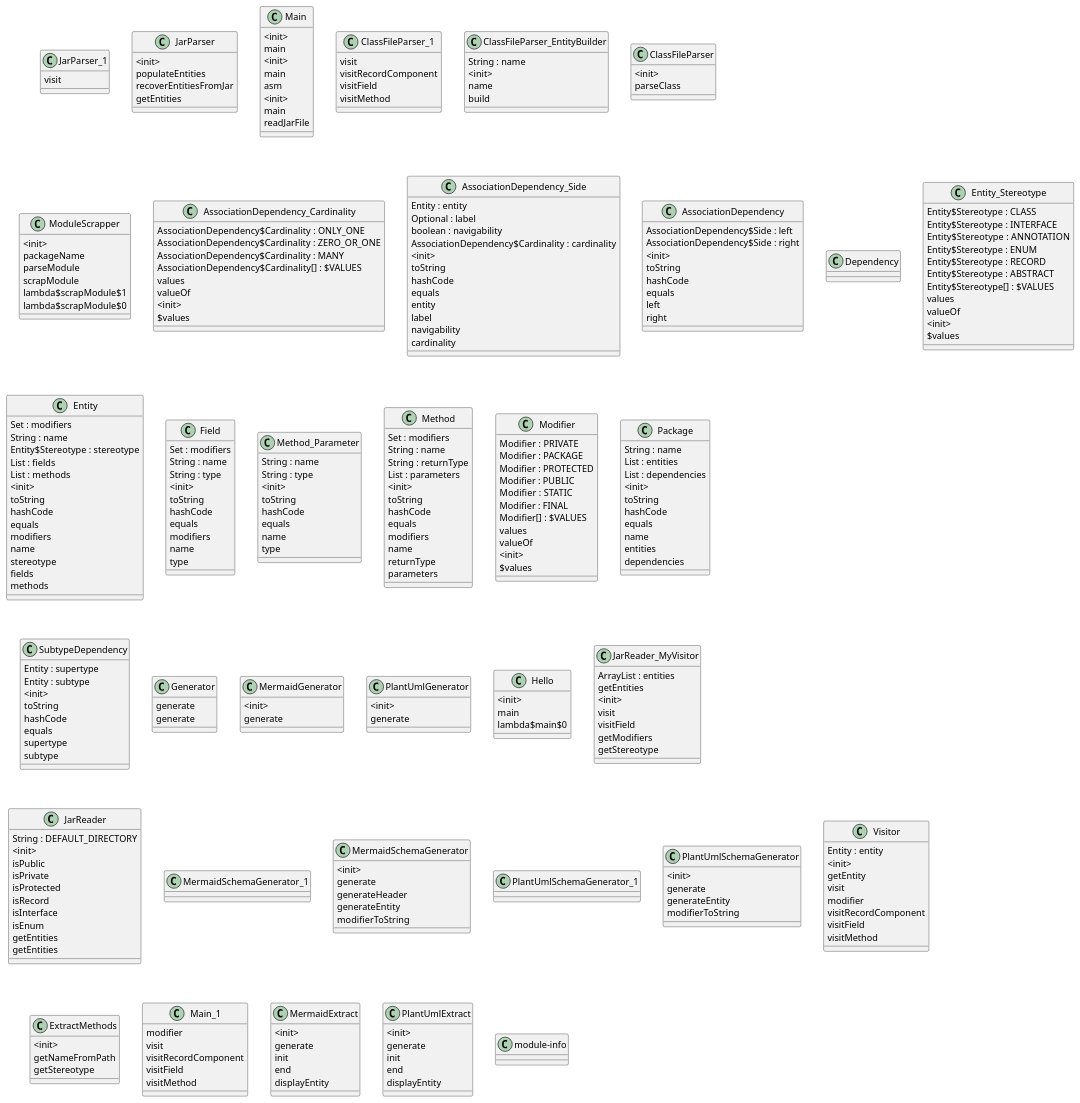
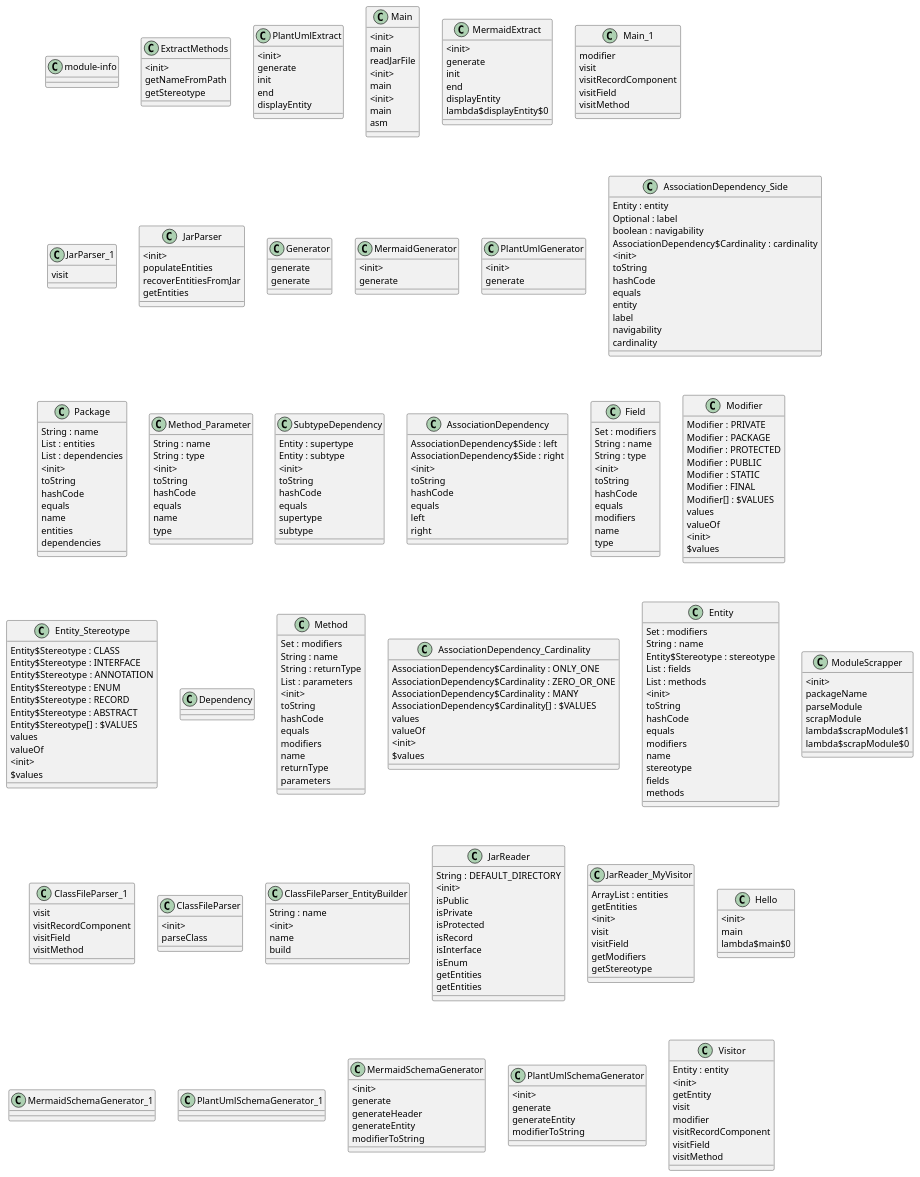
One commit to forax/umldoc changed the diagram in src/main/java/com/github/veluvexiau/umldoc/core/plantExport.md. Above: the diagram before and after it, drawn with PlantUML. The commit also changed 1 other file, not shown here.

Commit message:
fixed the display of parameters and verified checkstyle

````diff
--- a/src/main/java/com/github/veluvexiau/umldoc/core/plantExport.md
+++ b/src/main/java/com/github/veluvexiau/umldoc/core/plantExport.md
@@ -1,8 +1,53 @@
 ```plantuml
 @startuml
 ' umldoc
+	class module-info{
+	}
+
+	class ExtractMethods{
+		<init>
+		getNameFromPath
+		getStereotype
+	}
+
+	class PlantUmlExtract{
+		<init>
+		generate
+		init
+		end
+		displayEntity
+	}
+
+	class Main{
+		<init>
+		main
+		readJarFile
+	}
+
+	class MermaidExtract{
+		<init>
+		generate
+		init
+		end
+		displayEntity
+		lambda$displayEntity$0
+	}
+
+	class Main_1{
+		modifier
+		visit
+		visitRecordComponent
+		visitField
+		visitMethod
+	}
+
 	class JarParser_1{
 		visit
+	}
+
+	class Main{
+		<init>
+		main
 	}
 
 	class JarParser{
@@ -12,48 +57,18 @@
 		getEntities
 	}
 
-	class Main{
-		<init>
-		main
+	class Generator{
+		generate
 	}
 
-	class ClassFileParser_1{
-		visit
-		visitRecordComponent
-		visitField
-		visitMethod
+	class MermaidGenerator{
+		<init>
+		generate
 	}
 
-	class ClassFileParser_EntityBuilder{
-		String : name
+	class PlantUmlGenerator{
 		<init>
-		name
-		build
-	}
-
-	class ClassFileParser{
-		<init>
-		parseClass
-	}
-
-	class ModuleScrapper{
-		<init>
-		packageName
-		parseModule
-		scrapModule
-		lambda$scrapModule$1
-		lambda$scrapModule$0
-	}
-
-	class AssociationDependency_Cardinality{
-		AssociationDependency$Cardinality : ONLY_ONE
-		AssociationDependency$Cardinality : ZERO_OR_ONE
-		AssociationDependency$Cardinality : MANY
-		AssociationDependency$Cardinality[] : $VALUES
-		values
-		valueOf
-		<init>
-		$values
+		generate
 	}
 
 	class AssociationDependency_Side{
@@ -71,6 +86,41 @@
 		cardinality
 	}
 
+	class Package{
+		String : name
+		List : entities
+		List : dependencies
+		<init>
+		toString
+		hashCode
+		equals
+		name
+		entities
+		dependencies
+	}
+
+	class Method_Parameter{
+		String : name
+		String : type
+		<init>
+		toString
+		hashCode
+		equals
+		name
+		type
+	}
+
+	class SubtypeDependency{
+		Entity : supertype
+		Entity : subtype
+		<init>
+		toString
+		hashCode
+		equals
+		supertype
+		subtype
+	}
+
 	class AssociationDependency{
 		AssociationDependency$Side : left
 		AssociationDependency$Side : right
@@ -82,7 +132,31 @@
 		right
 	}
 
-	class Dependency{
+	class Field{
+		Set : modifiers
+		String : name
+		String : type
+		<init>
+		toString
+		hashCode
+		equals
+		modifiers
+		name
+		type
+	}
+
+	class Modifier{
+		Modifier : PRIVATE
+		Modifier : PACKAGE
+		Modifier : PROTECTED
+		Modifier : PUBLIC
+		Modifier : STATIC
+		Modifier : FINAL
+		Modifier[] : $VALUES
+		values
+		valueOf
+		<init>
+		$values
 	}
 
 	class Entity_Stereotype{
@@ -93,6 +167,35 @@
 		Entity$Stereotype : RECORD
 		Entity$Stereotype : ABSTRACT
 		Entity$Stereotype[] : $VALUES
+		values
+		valueOf
+		<init>
+		$values
+	}
+
+	class Dependency{
+	}
+
+	class Method{
+		Set : modifiers
+		String : name
+		String : returnType
+		List : parameters
+		<init>
+		toString
+		hashCode
+		equals
+		modifiers
+		name
+		returnType
+		parameters
+	}
+
+	class AssociationDependency_Cardinality{
+		AssociationDependency$Cardinality : ONLY_ONE
+		AssociationDependency$Cardinality : ZERO_OR_ONE
+		AssociationDependency$Cardinality : MANY
+		AssociationDependency$Cardinality[] : $VALUES
 		values
 		valueOf
 		<init>
@@ -116,111 +219,32 @@
 		methods
 	}
 
-	class Field{
-		Set : modifiers
-		String : name
-		String : type
+	class ModuleScrapper{
 		<init>
-		toString
-		hashCode
-		equals
-		modifiers
-		name
-		type
+		packageName
+		parseModule
+		scrapModule
+		lambda$scrapModule$1
+		lambda$scrapModule$0
 	}
 
-	class Method_Parameter{
-		String : name
-		String : type
-		<init>
-		toString
-		hashCode
-		equals
-		name
-		type
+	class ClassFileParser_1{
+		visit
+		visitRecordComponent
+		visitField
+		visitMethod
 	}
 
-	class Method{
-		Set : modifiers
-		String : name
-		String : returnType
-		List : parameters
+	class ClassFileParser{
 		<init>
-		toString
-		hashCode
-		equals
-		modifiers
-		name
-		returnType
-		parameters
+		parseClass
 	}
 
-	class Modifier{
-		Modifier : PRIVATE
-		Modifier : PACKAGE
-		Modifier : PROTECTED
-		Modifier : PUBLIC
-		Modifier : STATIC
-		Modifier : FINAL
-		Modifier[] : $VALUES
-		values
-		valueOf
+	class ClassFileParser_EntityBuilder{
+		String : name
 		<init>
-		$values
-	}
-
-	class Package{
-		String : name
-		List : entities
-		List : dependencies
-		<init>
-		toString
-		hashCode
-		equals
 		name
-		entities
-		dependencies
-	}
-
-	class SubtypeDependency{
-		Entity : supertype
-		Entity : subtype
-		<init>
-		toString
-		hashCode
-		equals
-		supertype
-		subtype
-	}
-
-	class Generator{
-		generate
-	}
-
-	class MermaidGenerator{
-		<init>
-		generate
-	}
-
-	class PlantUmlGenerator{
-		<init>
-		generate
-	}
-
-	class Hello{
-		<init>
-		main
-		lambda$main$0
-	}
-
-	class JarReader_MyVisitor{
-		ArrayList : entities
-		getEntities
-		<init>
-		visit
-		visitField
-		getModifiers
-		getStereotype
+		build
 	}
 
 	class JarReader{
@@ -236,11 +260,30 @@
 		getEntities
 	}
 
+	class JarReader_MyVisitor{
+		ArrayList : entities
+		getEntities
+		<init>
+		visit
+		visitField
+		getModifiers
+		getStereotype
+	}
+
+	class Hello{
+		<init>
+		main
+		lambda$main$0
+	}
+
+	class MermaidSchemaGenerator_1{
+	}
+
 	class Generator{
 		generate
 	}
 
-	class MermaidSchemaGenerator_1{
+	class PlantUmlSchemaGenerator_1{
 	}
 
 	class MermaidSchemaGenerator{
@@ -249,9 +292,6 @@
 		generateHeader
 		generateEntity
 		modifierToString
-	}
-
-	class PlantUmlSchemaGenerator_1{
 	}
 
 	class PlantUmlSchemaGenerator{
@@ -278,44 +318,5 @@
 		visitMethod
 	}
 
-	class ExtractMethods{
-		<init>
-		getNameFromPath
-		getStereotype
-	}
-
-	class Main_1{
-		modifier
-		visit
-		visitRecordComponent
-		visitField
-		visitMethod
-	}
-
-	class Main{
-		<init>
-		main
-		readJarFile
-	}
-
-	class MermaidExtract{
-		<init>
-		generate
-		init
-		end
-		displayEntity
-	}
-
-	class PlantUmlExtract{
-		<init>
-		generate
-		init
-		end
-		displayEntity
-	}
-
-	class module-info{
-	}
-
 @enduml
 ```
````
